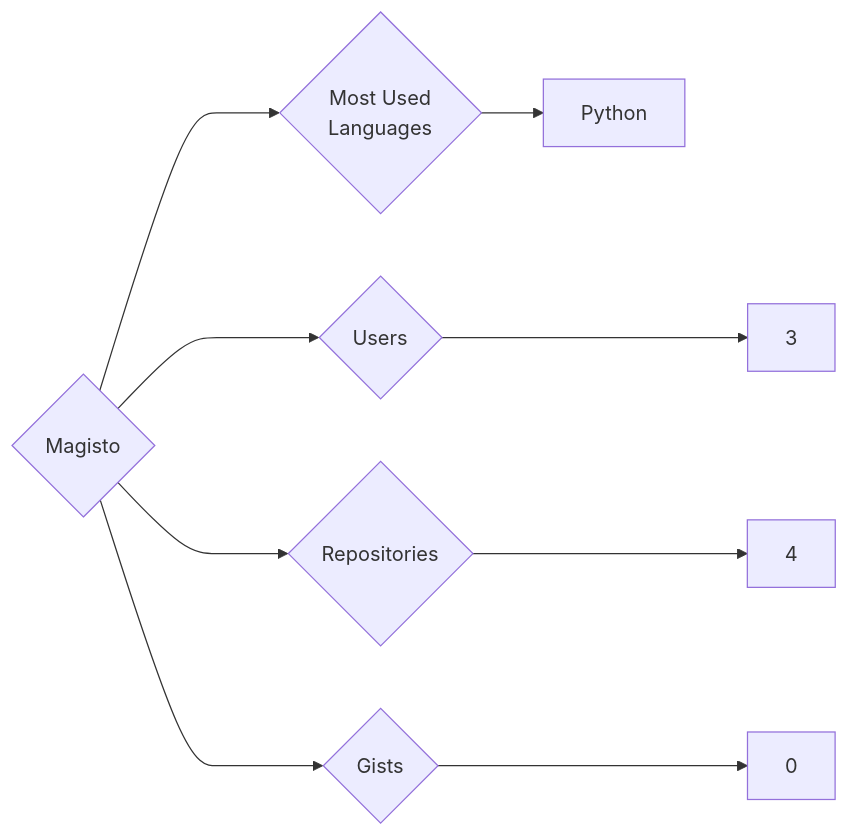
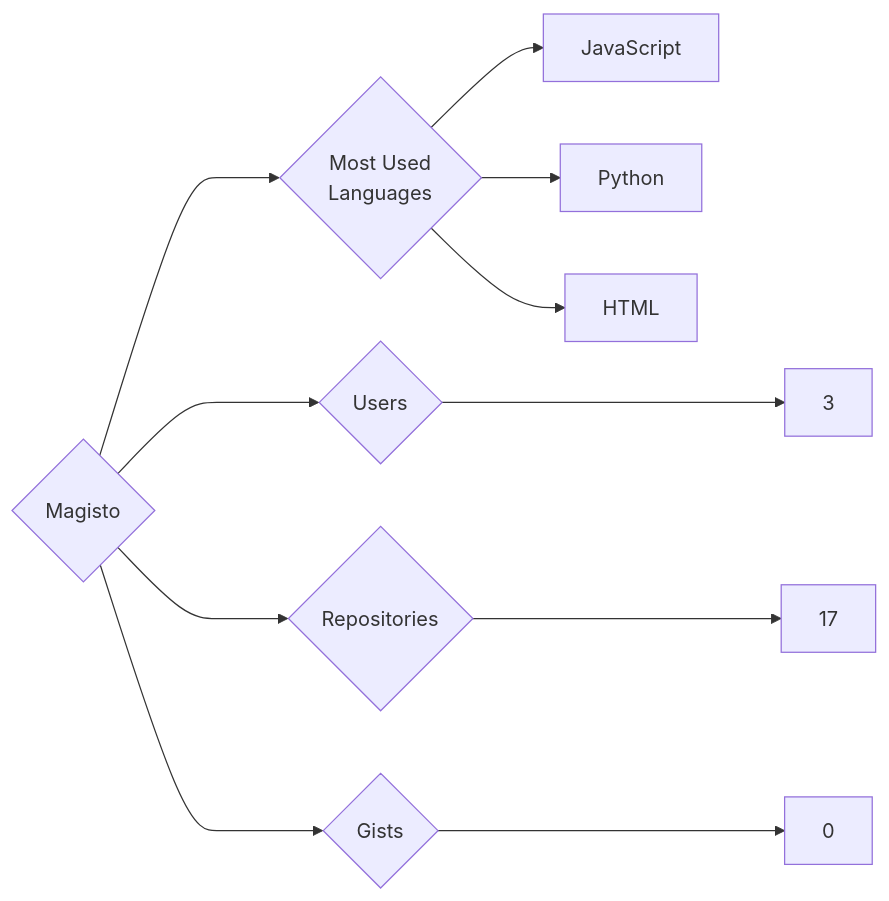
Before and after one commit to trickest/insiders: the diagram in targets/Magisto/README.md, drawn with Mermaid. The commit also changed 610 other files, not shown here.

````diff
--- a/targets/Magisto/README.md
+++ b/targets/Magisto/README.md
@@ -3,9 +3,11 @@
 ```mermaid
 graph LR
 COMPANY_NAME{Magisto}
 COMPANY_NAME ---> U{Users} ---> UN[3]
-COMPANY_NAME ---> R{Repositories} ---> RN[4]
+COMPANY_NAME ---> R{Repositories} ---> RN[17]
 COMPANY_NAME ---> G{Gists} ---> GN[0]
 COMPANY_NAME ---> ML{Most Used<br>Languages}
+ML --> JavaScript[JavaScript]
 ML --> Python[Python]
+ML --> HTML[HTML]
 ```
````
